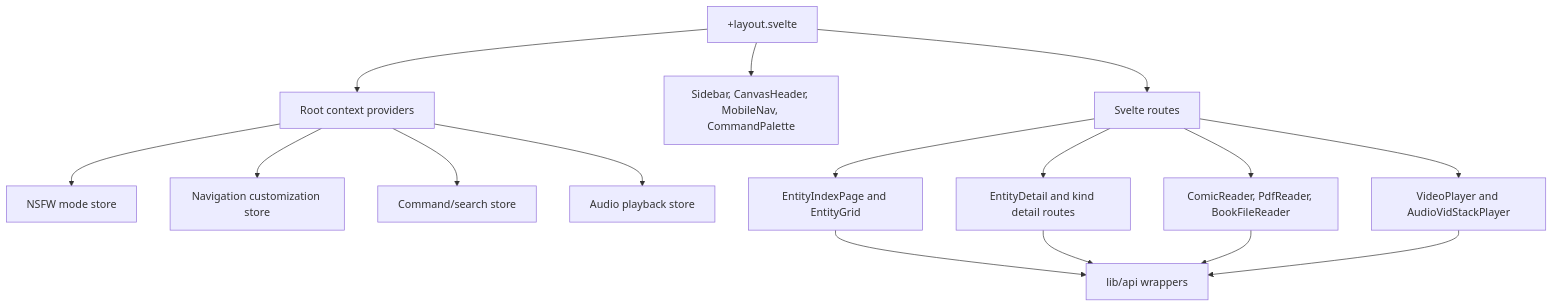
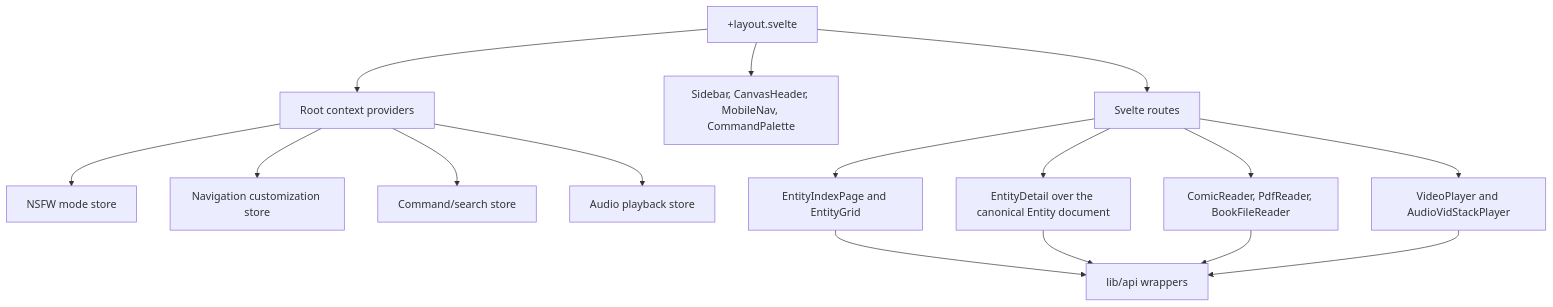
One commit to pauljoda/Prismedia changed the fourth of 12 diagrams in documentation-site/docs/developers/codebase-flow.md. Above: the diagram before and after it, drawn with Mermaid. The commit also changed other lines of this file and 177 other files, not shown here.

Commit message:
refactor(entity): unify shared detail documents

````diff
--- a/documentation-site/docs/developers/codebase-flow.md
+++ b/documentation-site/docs/developers/codebase-flow.md
@@ -126,18 +126,18 @@
 ```mermaid
 flowchart TD
   Layout["+layout.svelte"] --> Providers["Root context providers"]
   Providers --> Nsfw["NSFW mode store"]
   Providers --> Nav["Navigation customization store"]
   Providers --> Search["Command/search store"]
   Providers --> Audio["Audio playback store"]
   Layout --> Chrome["Sidebar, CanvasHeader, MobileNav, CommandPalette"]
   Layout --> Routes["Svelte routes"]
   Routes --> Index["EntityIndexPage and EntityGrid"]
-  Routes --> Detail["EntityDetail and kind detail routes"]
+  Routes --> Detail["EntityDetail over the canonical Entity document"]
   Routes --> Readers["ComicReader, PdfReader, BookFileReader"]
   Routes --> Players["VideoPlayer and AudioVidStackPlayer"]
   Index --> Api["lib/api wrappers"]
   Detail --> Api
   Readers --> Api
   Players --> Api
 ```
````
